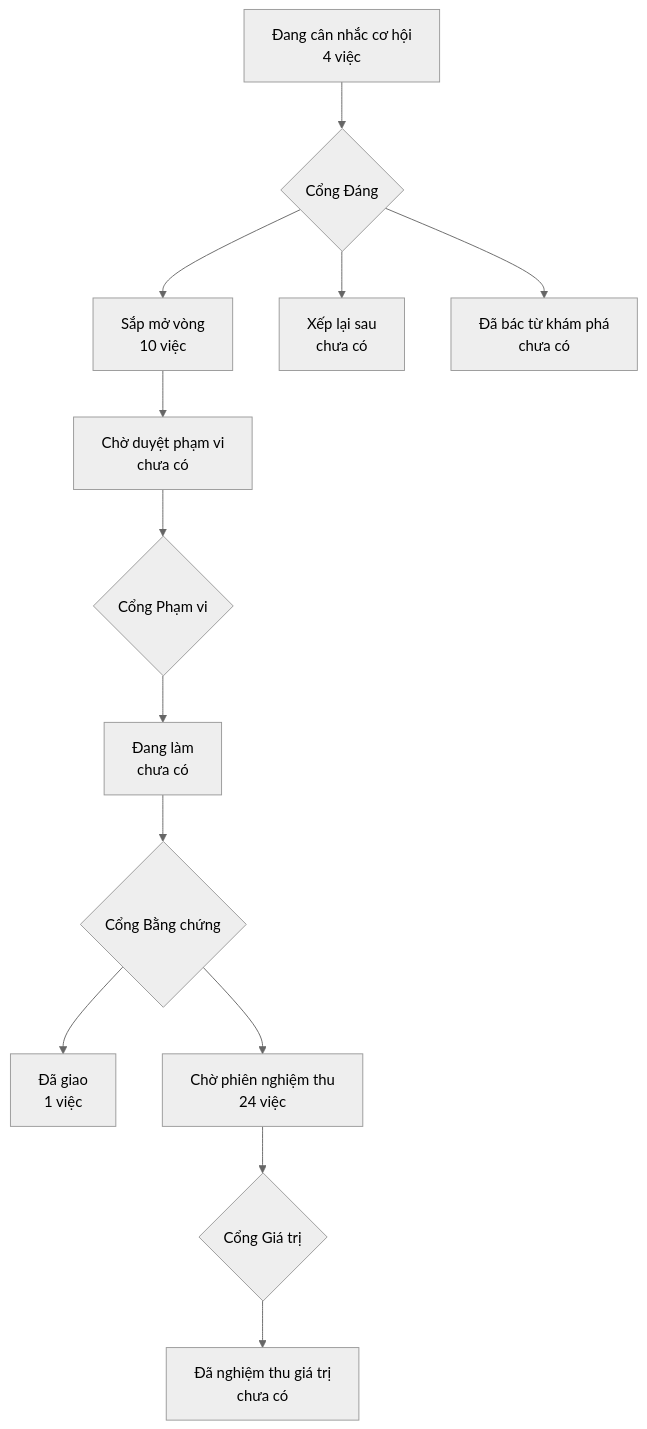
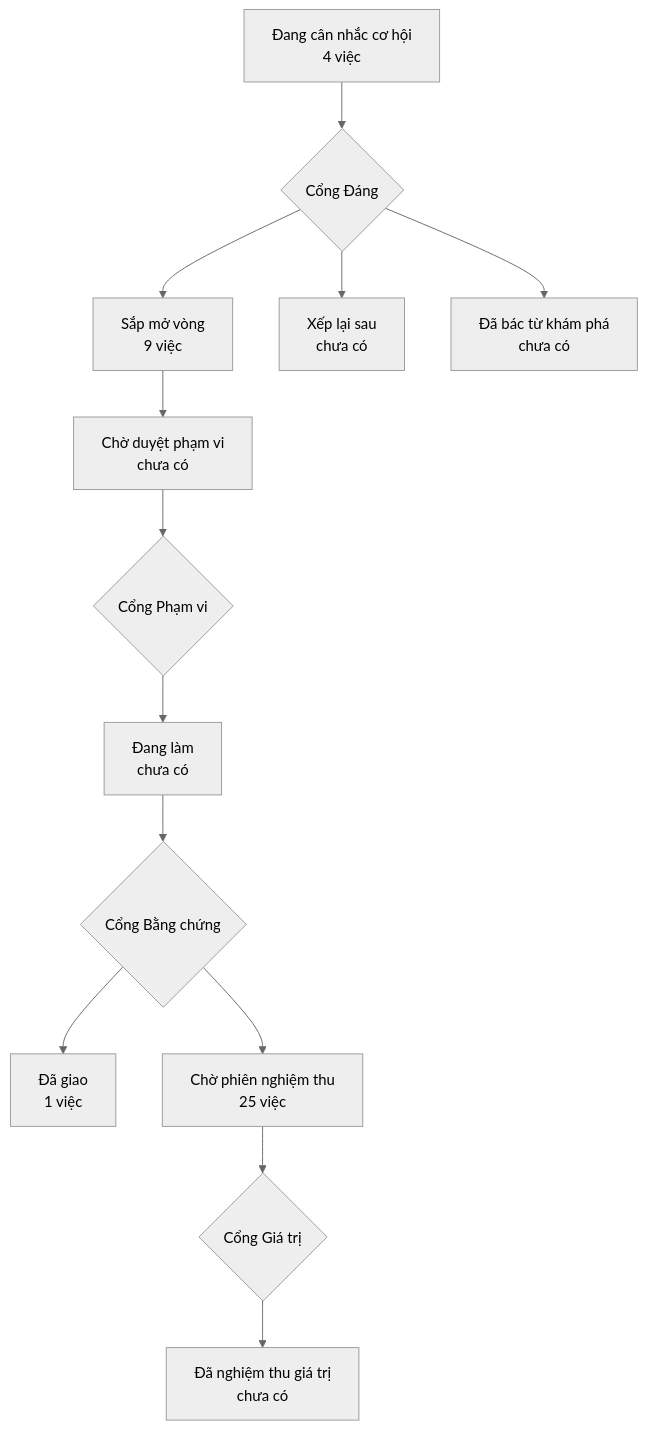
Before and after one commit to phanlemanh/onehub-inventory: the diagram in PRODUCT-MAP.md, drawn with Mermaid (neutral theme). The commit also changed 1 other file, not shown here.

Commit message:
chore(plan): regenerate product map and roadmap after merging main

````diff
--- a/PRODUCT-MAP.md
+++ b/PRODUCT-MAP.md
@@ -7,12 +7,12 @@
 ```mermaid
 flowchart TD
   A["Đang cân nhắc cơ hội<br/>4 việc"] --> GD{"Cổng Đáng"}
-  GD --> B["Sắp mở vòng<br/>10 việc"]
+  GD --> B["Sắp mở vòng<br/>9 việc"]
   GD --> XL["Xếp lại sau<br/>chưa có"]
   GD --> DB["Đã bác từ khám phá<br/>chưa có"]
   B --> CD["Chờ duyệt phạm vi<br/>chưa có"] --> GP{"Cổng Phạm vi"}
   GP --> DL["Đang làm<br/>chưa có"] --> GB{"Cổng Bằng chứng"}
   GB --> DG["Đã giao<br/>1 việc"]
-  GB --> CN["Chờ phiên nghiệm thu<br/>24 việc"] --> GG{"Cổng Giá trị"}
+  GB --> CN["Chờ phiên nghiệm thu<br/>25 việc"] --> GG{"Cổng Giá trị"}
   GG --> NT["Đã nghiệm thu giá trị<br/>chưa có"]
 ```
````
